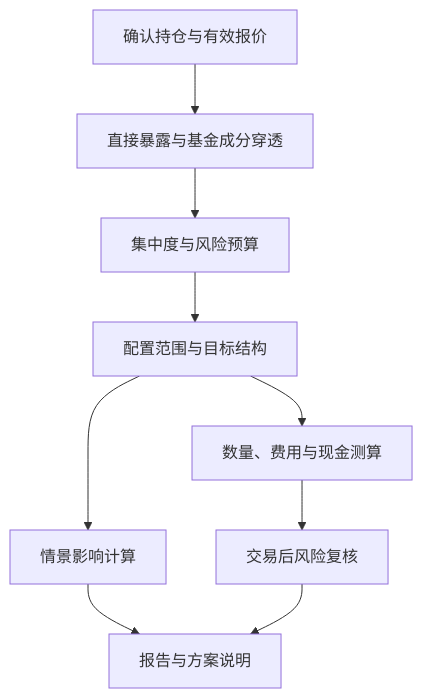
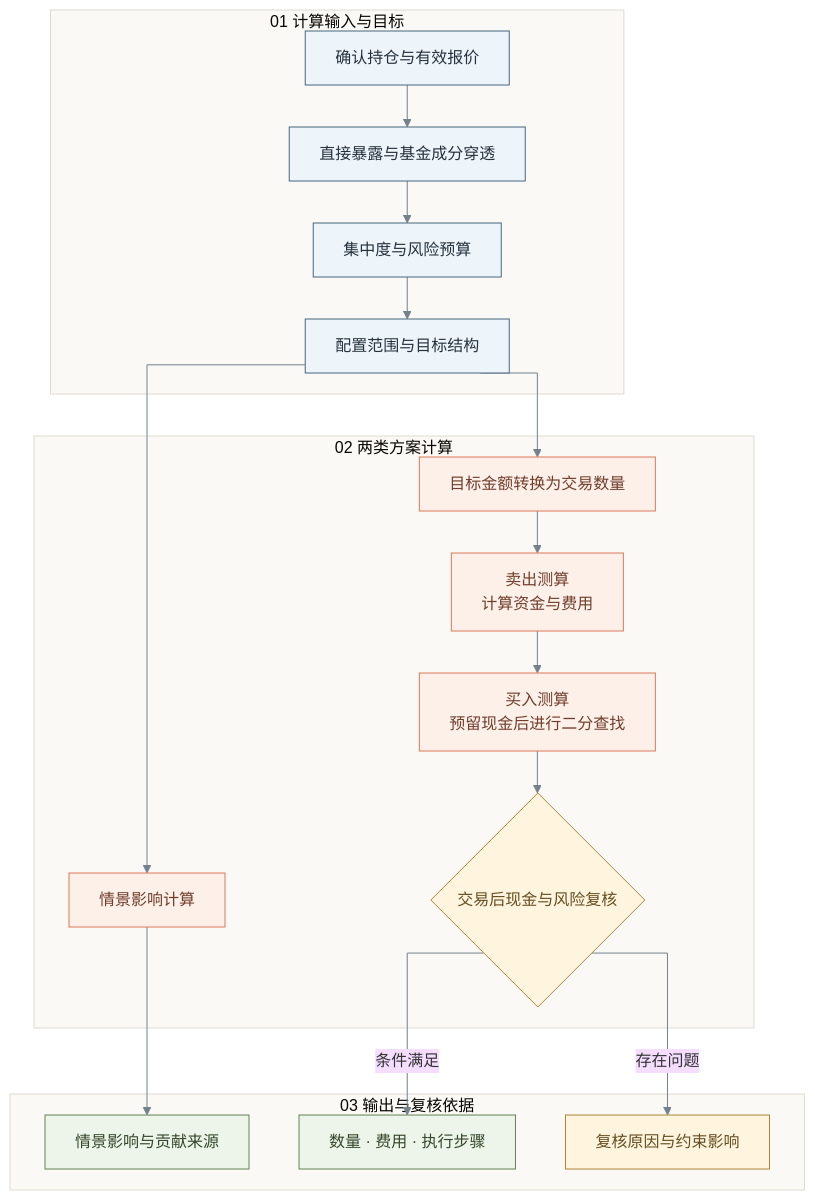
The fifth of 8 diagrams in docs/submission/competition-technical-solution.md (1917173927/prism), drawn with Mermaid before and after one commit. The commit also changed other lines of this file and 4 other files, not shown here.

Commit message:
docs: 更新技术文档标题并丰富图示

````diff
--- a/docs/submission/competition-technical-solution.md
+++ b/docs/submission/competition-technical-solution.md
@@ -335,11 +401,29 @@
 ```mermaid
+%%{init: {"theme":"base","themeVariables":{"fontFamily":"Microsoft YaHei, sans-serif","lineColor":"#74818b","clusterBkg":"#faf9f6","clusterBorder":"#dedbd2"},"flowchart":{"curve":"stepAfter","rankSpacing":42}}}%%
 flowchart TD
+    subgraph BASE[01 计算输入与目标]
     A[确认持仓与有效报价] --> B[直接暴露与基金成分穿透]
     B --> C[集中度与风险预算]
     C --> D[配置范围与目标结构]
+    end
+    subgraph COMPUTE[02 两类方案计算]
     D --> E[情景影响计算]
-    D --> F[数量、费用与现金测算]
-    F --> G[交易后风险复核]
-    E --> H[报告与方案说明]
-    G --> H
+    D --> F[目标金额转换为交易数量]
+    F --> S[卖出测算<br/>计算资金与费用]
+    S --> Q[买入测算<br/>预留现金后进行二分查找]
+    Q --> G{交易后现金与风险复核}
+    end
+    subgraph OUTPUT[03 输出与复核依据]
+    E --> H[情景影响与贡献来源]
+    G -->|条件满足| P[数量 · 费用 · 执行步骤]
+    G -->|存在问题| R[复核原因与约束影响]
+    end
+    classDef input fill:#edf4fa,stroke:#49677d,color:#25313d
+    classDef compute fill:#fcf0e9,stroke:#dc7958,color:#703e2b
+    classDef output fill:#edf4e9,stroke:#658254,color:#34472b
+    classDef review fill:#fff5df,stroke:#ad8437,color:#654e20
+    class A,B,C,D input
+    class E,F,S,Q compute
+    class H,P output
+    class G,R review
 ```
````
